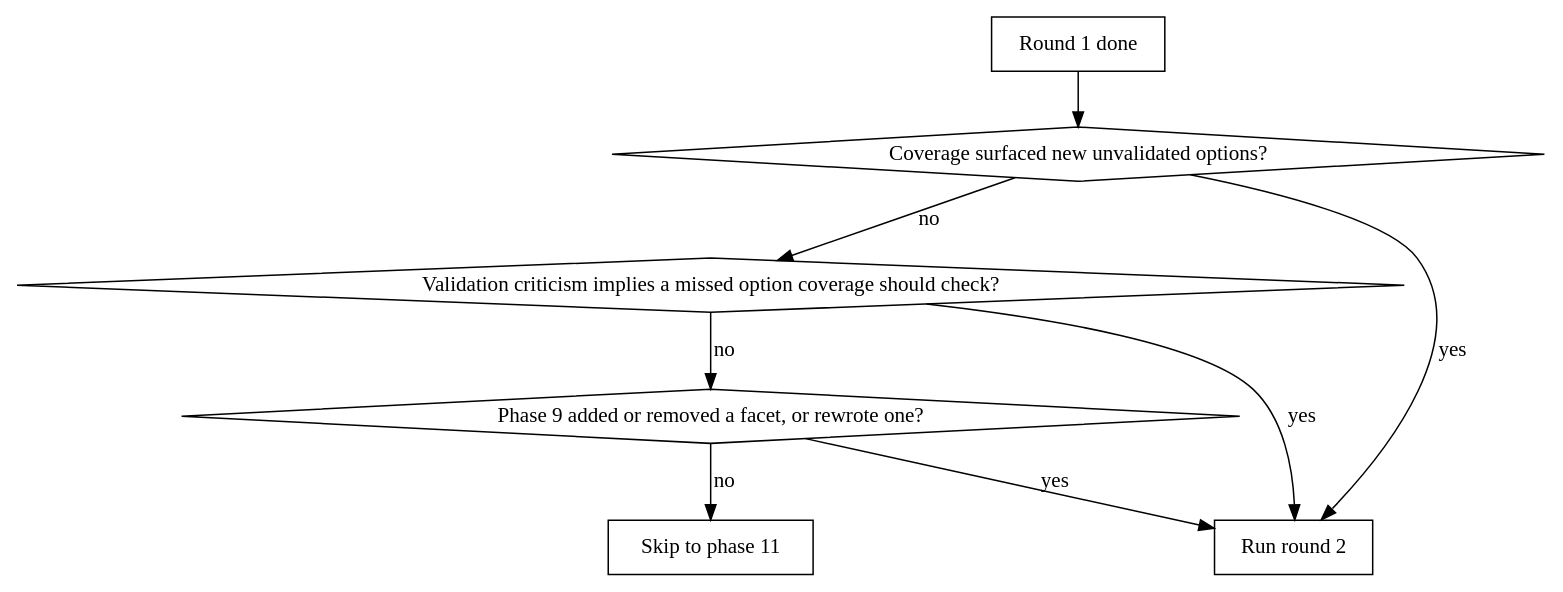
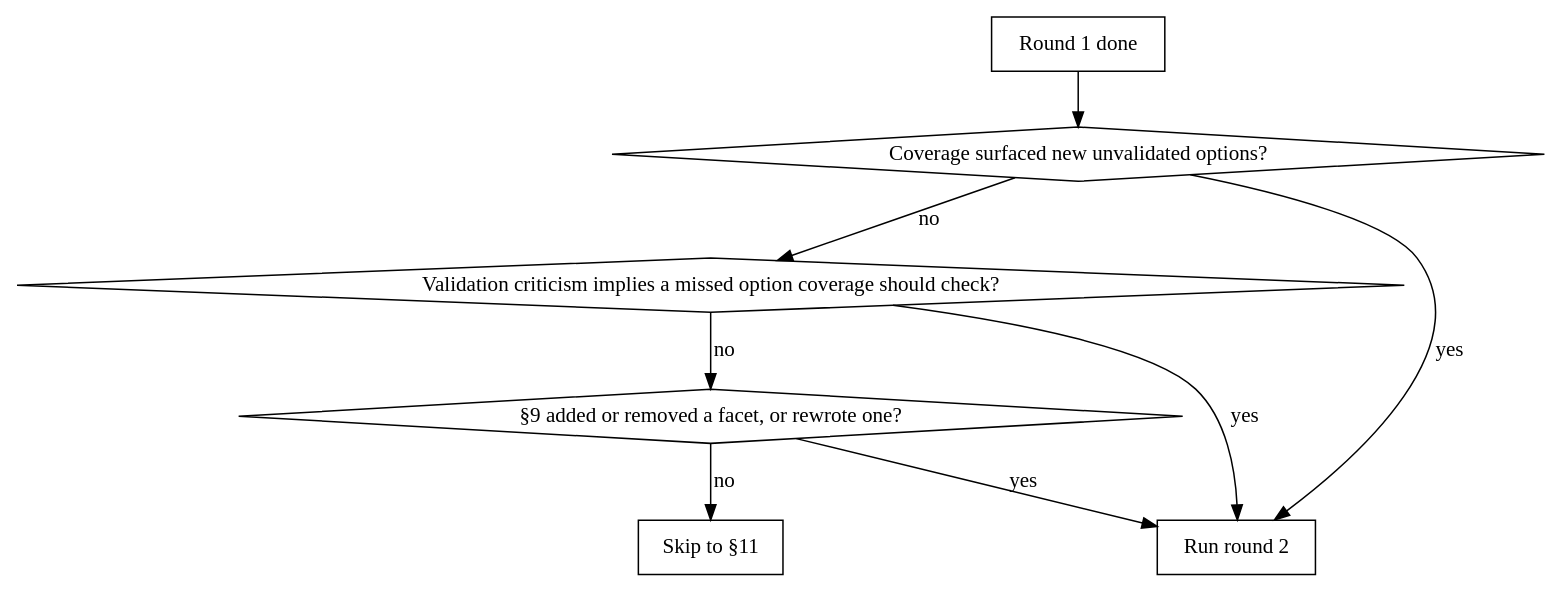
The diagram in modules/programs/ai-skills/research/files/SKILL.md (zvolin/nixos-config), drawn with Graphviz before and after one commit. The commit also changed other lines of this file and 5 other files, not shown here.

````diff
--- a/modules/programs/ai-skills/research/files/SKILL.md
+++ b/modules/programs/ai-skills/research/files/SKILL.md
@@ -123,18 +181,18 @@
 ```dot
 digraph round2 {
     "Round 1 done" [shape=box];
     "Coverage surfaced new unvalidated options?" [shape=diamond];
     "Validation criticism implies a missed option coverage should check?" [shape=diamond];
-    "Phase 9 added or removed a facet, or rewrote one?" [shape=diamond];
+    "§9 added or removed a facet, or rewrote one?" [shape=diamond];
     "Run round 2" [shape=box];
-    "Skip to phase 11" [shape=box];
+    "Skip to §11" [shape=box];
 
     "Round 1 done" -> "Coverage surfaced new unvalidated options?";
     "Coverage surfaced new unvalidated options?" -> "Run round 2" [label="yes"];
     "Coverage surfaced new unvalidated options?" -> "Validation criticism implies a missed option coverage should check?" [label="no"];
     "Validation criticism implies a missed option coverage should check?" -> "Run round 2" [label="yes"];
-    "Validation criticism implies a missed option coverage should check?" -> "Phase 9 added or removed a facet, or rewrote one?" [label="no"];
-    "Phase 9 added or removed a facet, or rewrote one?" -> "Run round 2" [label="yes"];
-    "Phase 9 added or removed a facet, or rewrote one?" -> "Skip to phase 11" [label="no"];
+    "Validation criticism implies a missed option coverage should check?" -> "§9 added or removed a facet, or rewrote one?" [label="no"];
+    "§9 added or removed a facet, or rewrote one?" -> "Run round 2" [label="yes"];
+    "§9 added or removed a facet, or rewrote one?" -> "Skip to §11" [label="no"];
 }
 ```
````
